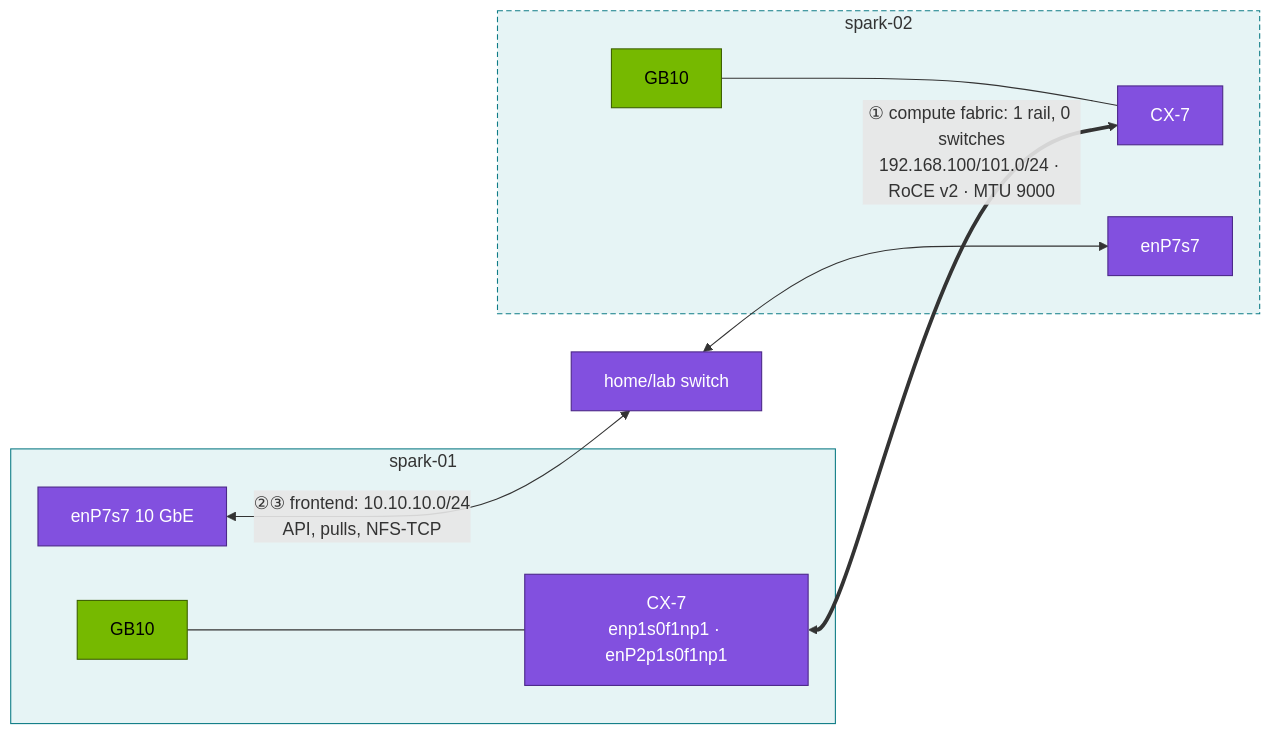
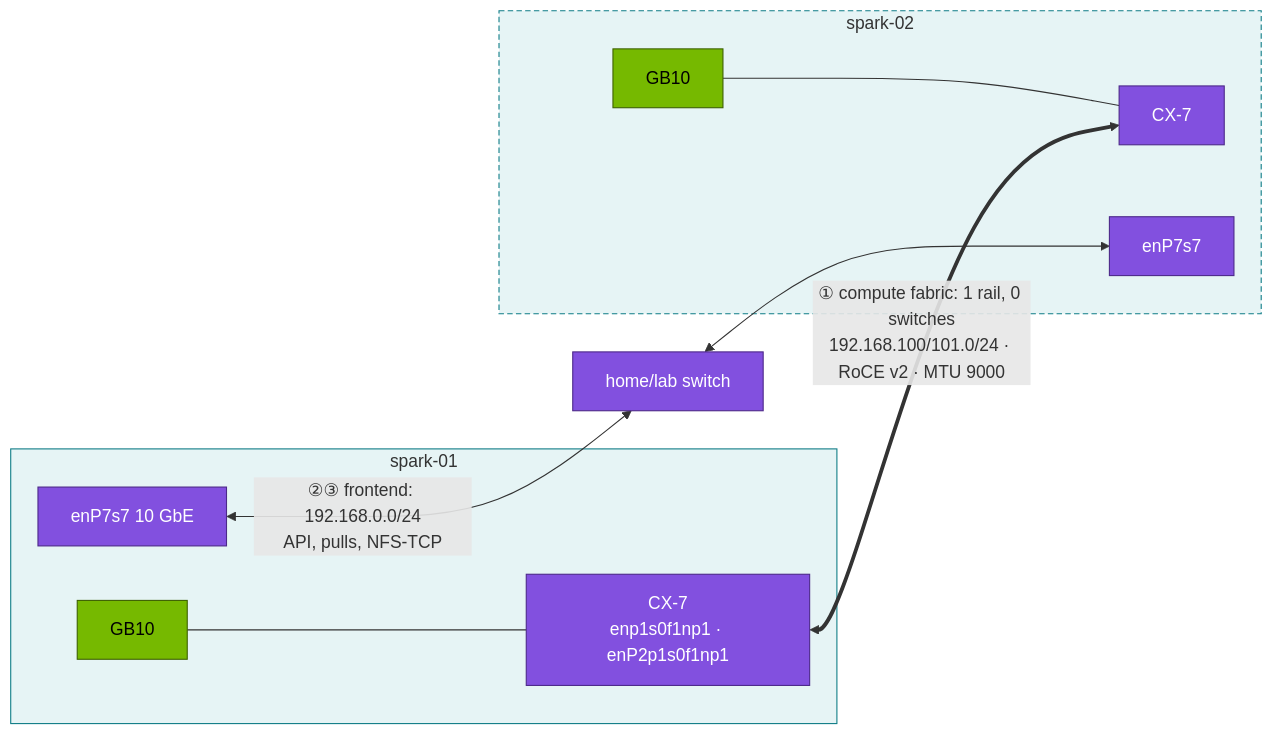
Before and after one commit to cloudone365/technical-depth: the second of 3 diagrams in 02 Kubernetes/18-large-scale-superpod-and-network-fabrics.md, drawn with Mermaid. The commit also changed other lines of this file and 57 other files, not shown here.

````diff
--- a/02 Kubernetes/18-large-scale-superpod-and-network-fabrics.md
+++ b/02 Kubernetes/18-large-scale-superpod-and-network-fabrics.md
@@ -67,19 +67,19 @@
 ```mermaid
 flowchart LR
   subgraph S1["spark-01"]
     G1["GB10"] --- C1["CX-7<br/>enp1s0f1np1 · enP2p1s0f1np1"]
     M1["enP7s7 10 GbE"]
   end
   subgraph S2["spark-02"]
     G2["GB10"] --- C2["CX-7"]
     M2["enP7s7"]
   end
   C1 <== "① compute fabric: 1 rail, 0 switches<br/>192.168.100/101.0/24 · RoCE v2 · MTU 9000" ==> C2
-  M1 <-->|"②③ frontend: 10.10.10.0/24<br/>API, pulls, NFS-TCP"| SW["home/lab switch"] <--> M2
+  M1 <-->|"②③ frontend: 192.168.0.0/24<br/>API, pulls, NFS-TCP"| SW["home/lab switch"] <--> M2
   classDef gpu fill:#76b900,stroke:#3d6000,color:#000
   classDef net fill:#8250df,stroke:#4c2889,color:#fff
   class G1,G2 gpu
   class C1,C2,M1,M2,SW net
   style S1 fill:#e6f4f5,stroke:#0e7c86
   style S2 fill:#e6f4f5,stroke:#0e7c86,stroke-dasharray:5 3
 ```
````
